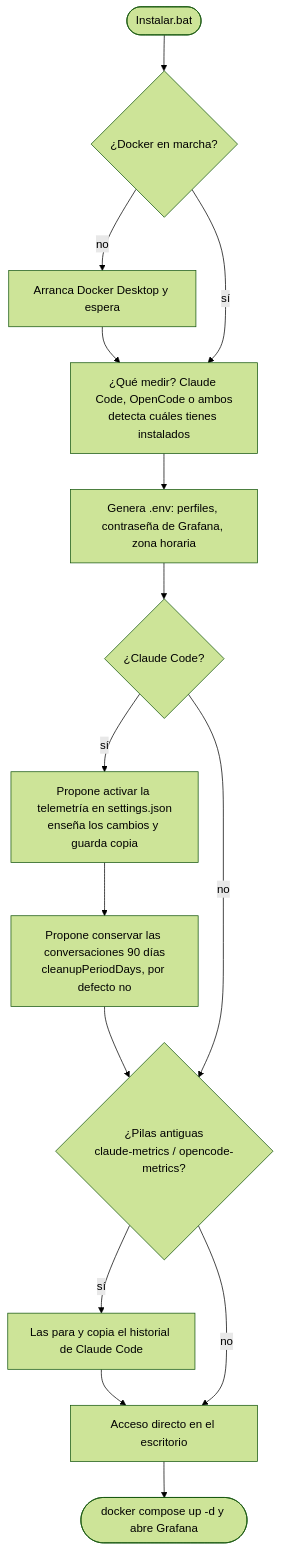
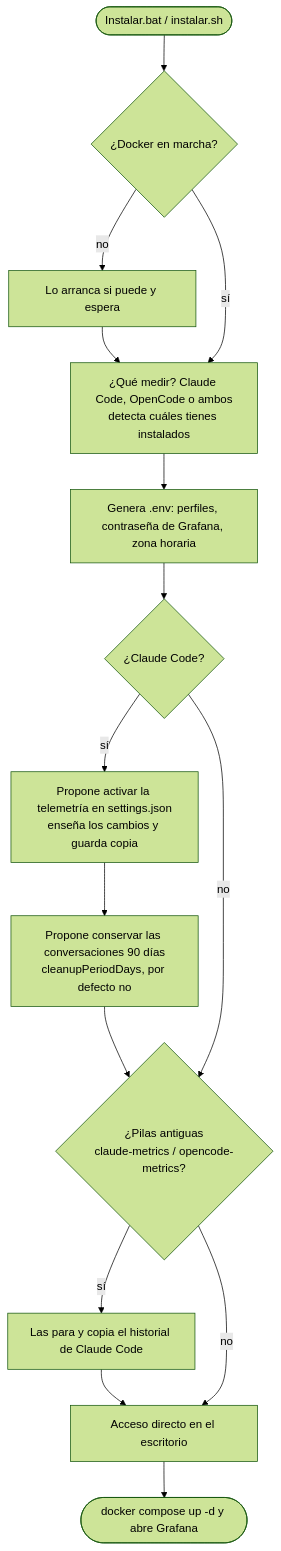
Before and after one commit to oscarabal/IA-metrics: the first of 4 diagrams in README.md, drawn with Mermaid (forest theme). The commit also changed other lines of this file and 11 other files, not shown here.

````diff
--- a/README.md
+++ b/README.md
@@ -23,16 +29,16 @@
 ```mermaid
 flowchart TD
-    A([Instalar.bat]) --> B{¿Docker en marcha?}
-    B -- no --> B1[Arranca Docker Desktop y espera] --> C
+    A([Instalar.bat / instalar.sh]) --> B{¿Docker en marcha?}
+    B -- no --> B1[Lo arranca si puede y espera] --> C
     B -- sí --> C[¿Qué medir? Claude Code, OpenCode o ambos<br/>detecta cuáles tienes instalados]
     C --> D[Genera .env: perfiles, contraseña de Grafana, zona horaria]
     D --> E{¿Claude Code?}
     E -- sí --> F[Propone activar la telemetría en settings.json<br/>enseña los cambios y guarda copia]
     F --> G[Propone conservar las conversaciones 90 días<br/>cleanupPeriodDays, por defecto no]
     G --> H
     E -- no --> H{¿Pilas antiguas<br/>claude-metrics / opencode-metrics?}
     H -- sí --> I[Las para y copia el historial de Claude Code]
     I --> J
     H -- no --> J[Acceso directo en el escritorio]
     J --> K([docker compose up -d y abre Grafana])
 ```
````
